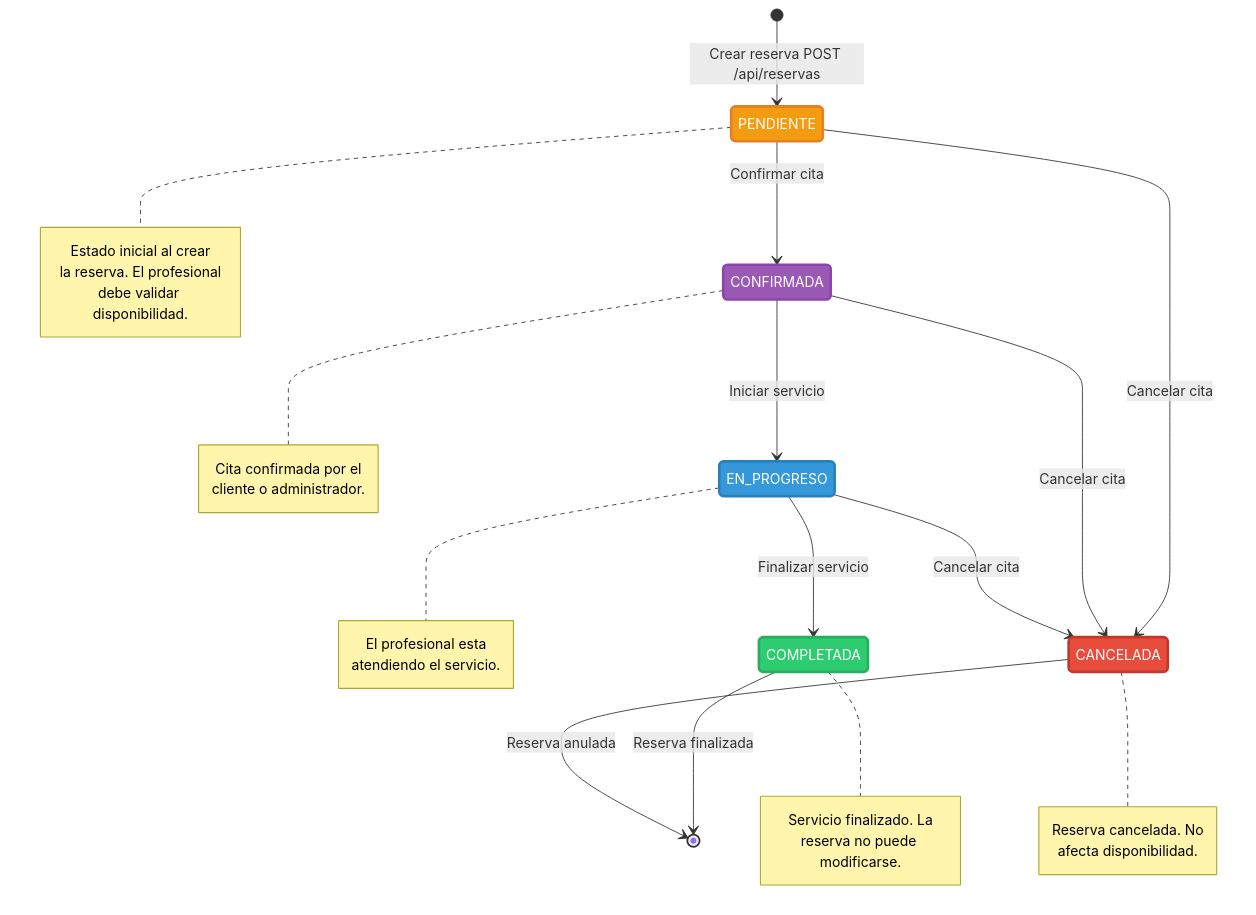
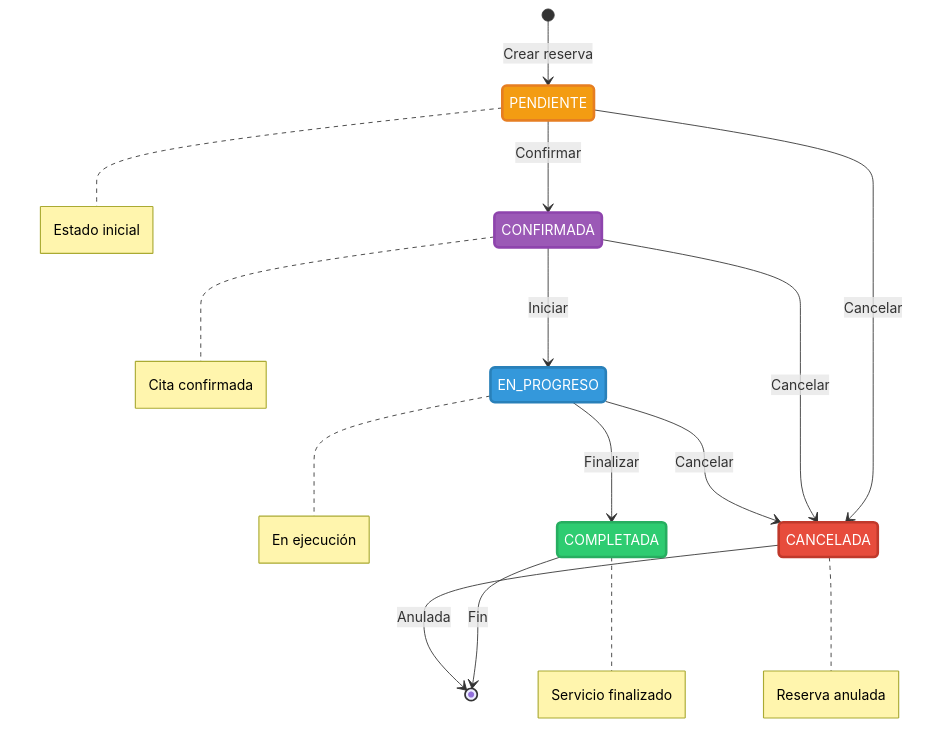
Before and after one commit to JokerMx/neonpulse-salon: the diagram in docs/diagrama-estados.md, drawn with Mermaid. The commit also changed other lines of this file and 3 other files, not shown here.

First line of the commit message:
refactor(docs): simplificar y conciliar diagramas técnicos

````diff
--- a/docs/diagrama-estados.md
+++ b/docs/diagrama-estados.md
@@ -3,48 +3,42 @@
 ```mermaid
 stateDiagram-v2
-    [*] --> PENDIENTE: Crear reserva POST /api/reservas
+    [*] --> PENDIENTE: Crear reserva
 
-    PENDIENTE --> CONFIRMADA: Confirmar cita
-    PENDIENTE --> CANCELADA: Cancelar cita
+    PENDIENTE --> CONFIRMADA: Confirmar
+    PENDIENTE --> CANCELADA: Cancelar
 
-    CONFIRMADA --> EN_PROGRESO: Iniciar servicio
-    CONFIRMADA --> CANCELADA: Cancelar cita
+    CONFIRMADA --> EN_PROGRESO: Iniciar
+    CONFIRMADA --> CANCELADA: Cancelar
 
-    EN_PROGRESO --> COMPLETADA: Finalizar servicio
-    EN_PROGRESO --> CANCELADA: Cancelar cita
+    EN_PROGRESO --> COMPLETADA: Finalizar
+    EN_PROGRESO --> CANCELADA: Cancelar
 
-    COMPLETADA --> [*]: Reserva finalizada
-    CANCELADA --> [*]: Reserva anulada
+    COMPLETADA --> [*]: Fin
+    CANCELADA --> [*]: Anulada
 
     note right of PENDIENTE
-        Estado inicial al crear
-        la reserva. El profesional
-        debe validar disponibilidad.
+        Estado inicial
     end note
 
     note right of CONFIRMADA
-        Cita confirmada por el
-        cliente o administrador.
+        Cita confirmada
     end note
 
     note right of EN_PROGRESO
-        El profesional esta
-        atendiendo el servicio.
+        En ejecución
     end note
 
     note right of COMPLETADA
-        Servicio finalizado. La
-        reserva no puede modificarse.
+        Servicio finalizado
     end note
 
     note right of CANCELADA
-        Reserva cancelada. No
-        afecta disponibilidad.
+        Reserva anulada
     end note
 
     style PENDIENTE fill:#f39c12,stroke:#e67e22,color:#fff,stroke-width:3px
     style CONFIRMADA fill:#9b59b6,stroke:#8e44ad,color:#fff,stroke-width:3px
     style EN_PROGRESO fill:#3498db,stroke:#2980b9,color:#fff,stroke-width:3px
     style COMPLETADA fill:#2ecc71,stroke:#27ae60,color:#fff,stroke-width:3px
     style CANCELADA fill:#e74c3c,stroke:#c0392b,color:#fff,stroke-width:3px
 ```
````
